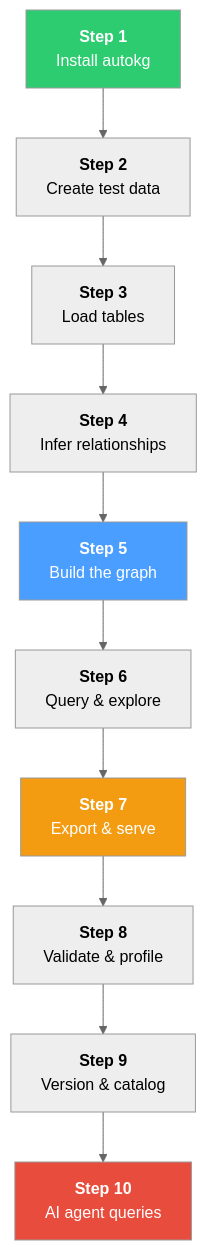
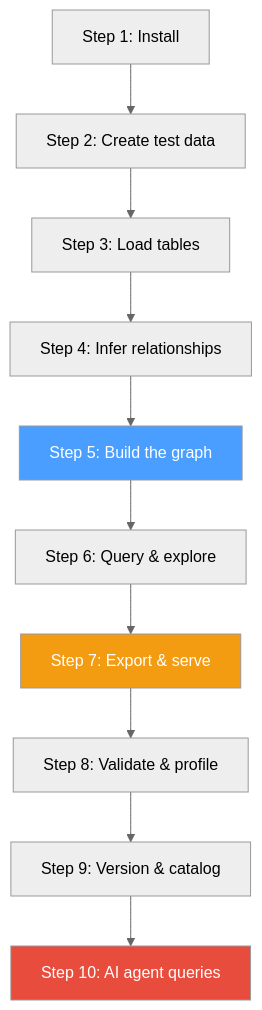
One commit to kaushikthakur97/autokg changed the fifth of 6 diagrams in README.md. Above: the diagram before and after it, drawn with Mermaid (neutral theme). The commit also changed other lines of this file, not shown here.

````diff
--- a/README.md
+++ b/README.md
@@ -295,17 +462,11 @@
 ```mermaid
 flowchart TD
-    A["<b>Step 1</b><br/>Install autokg"] --> B["<b>Step 2</b><br/>Create test data"]
-    B --> C["<b>Step 3</b><br/>Load tables"]
-    C --> D["<b>Step 4</b><br/>Infer relationships"]
-    D --> E["<b>Step 5</b><br/>Build the graph"]
-    E --> F["<b>Step 6</b><br/>Query & explore"]
-    F --> G["<b>Step 7</b><br/>Export & serve"]
-    G --> H["<b>Step 8</b><br/>Validate & profile"]
-    H --> I["<b>Step 9</b><br/>Version & catalog"]
-    I --> J["<b>Step 10</b><br/>AI agent queries"]
-
-    style A fill:#2ecc71,color:#fff
+    A["Step 1: Install"] --> B["Step 2: Create test data"]
+    B --> C["Step 3: Load tables"] --> D["Step 4: Infer relationships"]
+    D --> E["Step 5: Build the graph"] --> F["Step 6: Query & explore"]
+    F --> G["Step 7: Export & serve"] --> H["Step 8: Validate & profile"]
+    H --> I["Step 9: Version & catalog"] --> J["Step 10: AI agent queries"]
     style E fill:#4a9eff,color:#fff
     style G fill:#f39c12,color:#fff
     style J fill:#e74c3c,color:#fff
 ```
````
